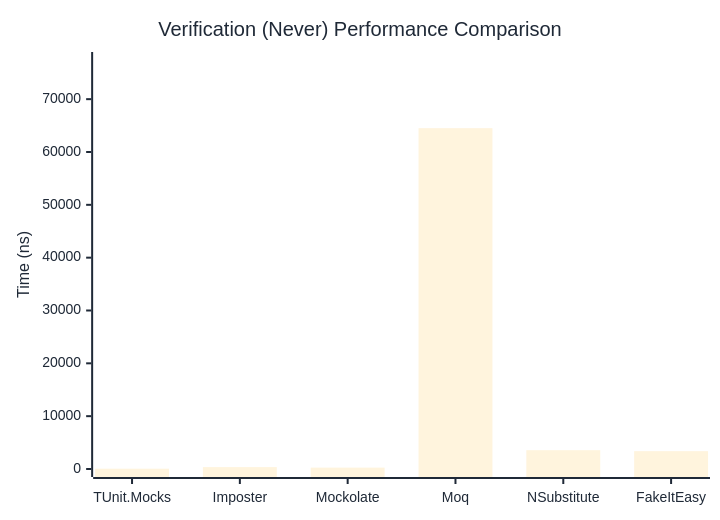
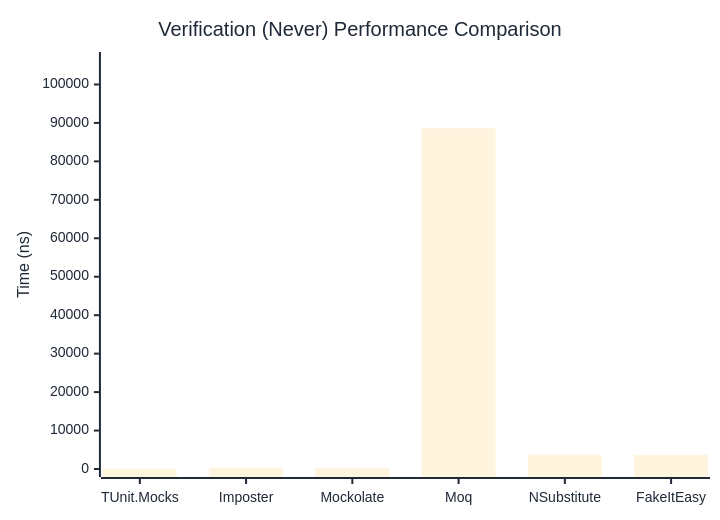
The second of 3 diagrams in docs/docs/benchmarks/mocks/Verification.md (weiyilai/TUnit), drawn with Mermaid before and after one commit. The commit also changed other lines of this file and 14 other files, not shown here.

````diff
--- a/docs/docs/benchmarks/mocks/Verification.md
+++ b/docs/docs/benchmarks/mocks/Verification.md
@@ -69,27 +69,27 @@
 ```mermaid
 %%{init: {
   'theme':'base',
   'themeVariables': {
     'primaryColor': '#2563eb',
     'primaryTextColor': '#1f2937',
     'primaryBorderColor': '#1e40af',
     'lineColor': '#6b7280',
     'secondaryColor': '#7c3aed',
     'tertiaryColor': '#dc2626',
     'background': '#ffffff',
     'pie1': '#2563eb',
     'pie2': '#7c3aed',
     'pie3': '#dc2626',
     'pie4': '#f59e0b',
     'pie5': '#10b981',
     'pie6': '#06b6d4',
     'pie7': '#ec4899',
     'pie8': '#6366f1'
   }
 }}%%
 xychart-beta
   title "Verification (Never) Performance Comparison"
   x-axis ["TUnit.Mocks", "Imposter", "Mockolate", "Moq", "NSubstitute", "FakeItEasy"]
-  y-axis "Time (ns)" 0 --> 77411
-  bar [54.55, 358.76, 264.08, 64508.9, 3563.08, 3376.02]
+  y-axis "Time (ns)" 0 --> 106364
+  bar [52.59, 333.44, 242.96, 88636.42, 3716.6, 3666.47]
 ```
````
